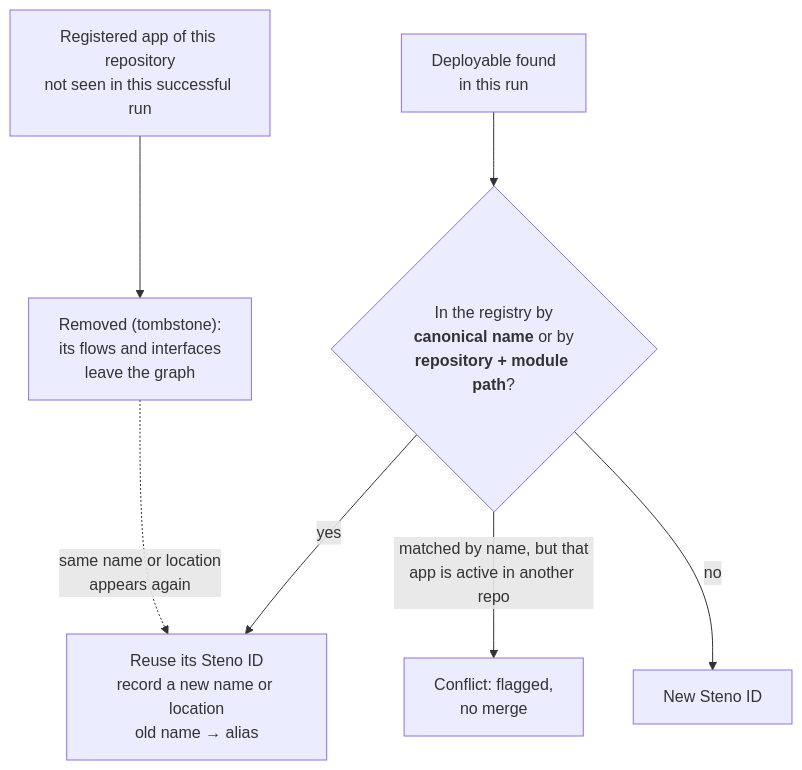
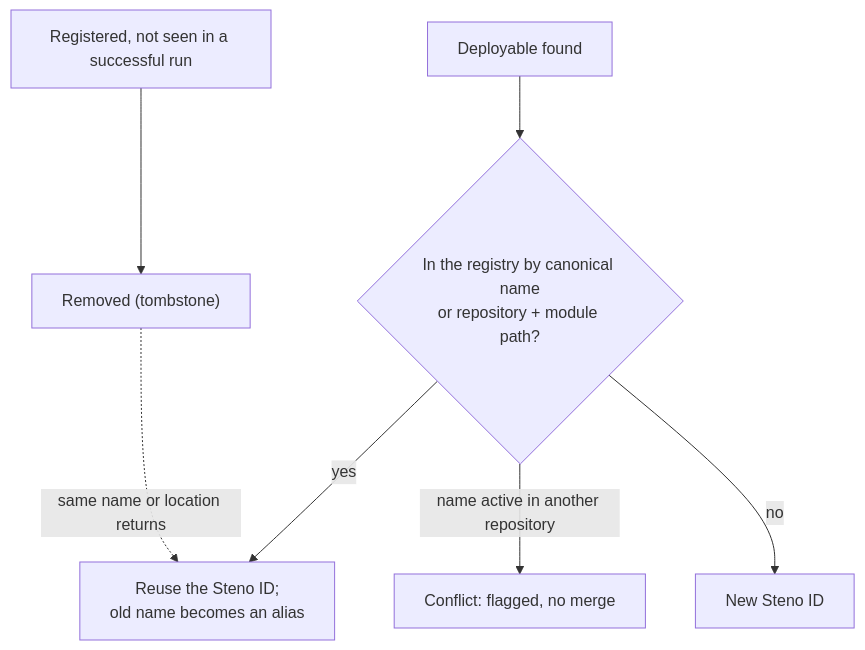
One commit to KBavis/steno changed the diagram in docs/concepts/identity.md. Above: the diagram before and after it, drawn with Mermaid. The commit also changed other lines of this file and 35 other files, not shown here.

First line of the commit message:
docs: simplify the docs and record D150 (flows-first routing)

````diff
--- a/docs/concepts/identity.md
+++ b/docs/concepts/identity.md
@@ -76,9 +11,9 @@
 ```mermaid
 flowchart TD
-    D["Deployable found<br/>in this run"] --> L{"In the registry by<br/><b>canonical name</b> or by<br/><b>repository + module path</b>?"}
-    L -- "yes" --> R["Reuse its Steno ID<br/>record a new name or location<br/>old name → alias"]
-    L -- "matched by name, but that<br/>app is active in another repo" --> C["Conflict: flagged,<br/>no merge"]
+    D["Deployable found"] --> L{"In the registry by canonical name<br/>or repository + module path?"}
+    L -- "yes" --> R["Reuse the Steno ID;<br/>old name becomes an alias"]
+    L -- "name active in another repository" --> C["Conflict: flagged, no merge"]
     L -- "no" --> N["New Steno ID"]
-    X["Registered app of this repository<br/>not seen in this successful run"] --> T["Removed (tombstone):<br/>its flows and interfaces<br/>leave the graph"]
-    T -. "same name or location<br/>appears again" .-> R
+    X["Registered, not seen in a successful run"] --> T["Removed (tombstone)"]
+    T -. "same name or location returns" .-> R
 ```
````
